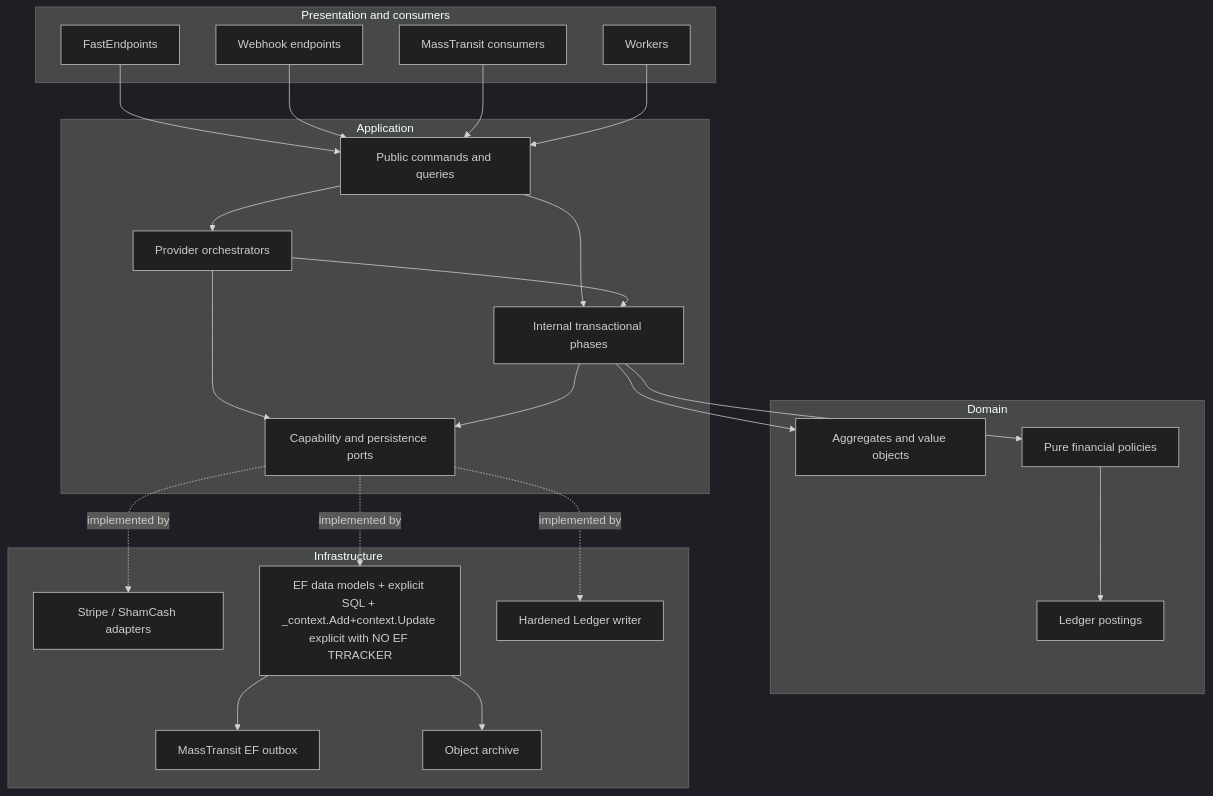
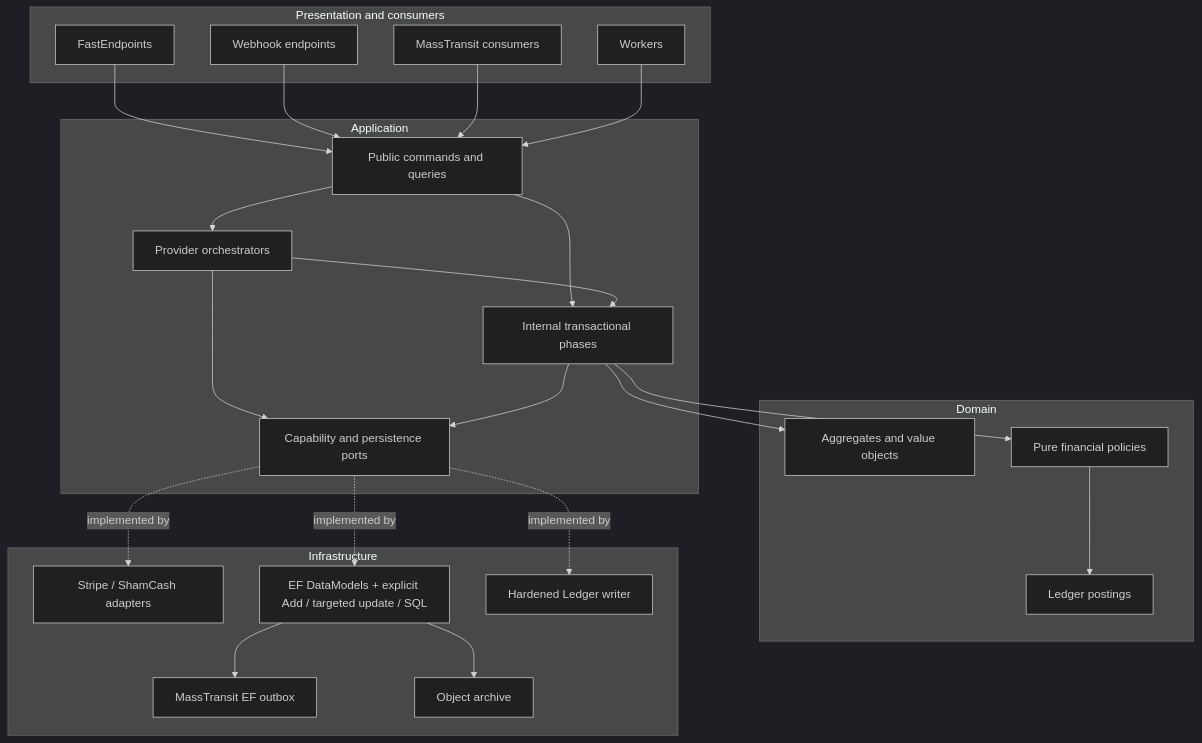
Before and after one commit to Azero77/alpha-zero: the first of 2 diagrams in plans/payments/design.md, drawn with Mermaid (dark theme). The commit also changed other lines of this file, not shown here.

Commit message:
docs(payments): complete aggregate contracts and slice dependency graph

````diff
--- a/plans/payments/design.md
+++ b/plans/payments/design.md
@@ -27,48 +27,48 @@
 ```mermaid
 flowchart TD
     subgraph Origins[Presentation and consumers]
         HTTP[FastEndpoints]
         WH[Webhook endpoints]
         BUS[MassTransit consumers]
         WORK[Workers]
     end
 
     subgraph App[Application]
         CMD[Public commands and queries]
         ORCH[Provider orchestrators]
         PHASE[Internal transactional phases]
         PORTS[Capability and persistence ports]
     end
 
     subgraph Domain[Domain]
         AGG[Aggregates and value objects]
         POL[Pure financial policies]
         POST[Ledger postings]
     end
 
     subgraph Infra[Infrastructure]
         ADAPT[Stripe / ShamCash adapters]
-        PERSIST[EF data models + explicit SQL + _context.Add+context.Update explicit with NO EF TRRACKER]
+        PERSIST[EF DataModels + explicit Add / targeted update / SQL]
         LEDGER[Hardened Ledger writer]
         OUTBOX[MassTransit EF outbox]
         ARCHIVE[Object archive]
     end
 
     HTTP --> CMD
     WH --> CMD
     BUS --> CMD
     WORK --> CMD
     CMD --> ORCH
     CMD --> PHASE
     ORCH --> PHASE
     ORCH --> PORTS
     PHASE --> AGG
     PHASE --> POL
     PHASE --> PORTS
     POL --> POST
     PORTS -. implemented by .-> ADAPT
     PORTS -. implemented by .-> PERSIST
     PORTS -. implemented by .-> LEDGER
     PERSIST --> OUTBOX
     PERSIST --> ARCHIVE
 ```
````
